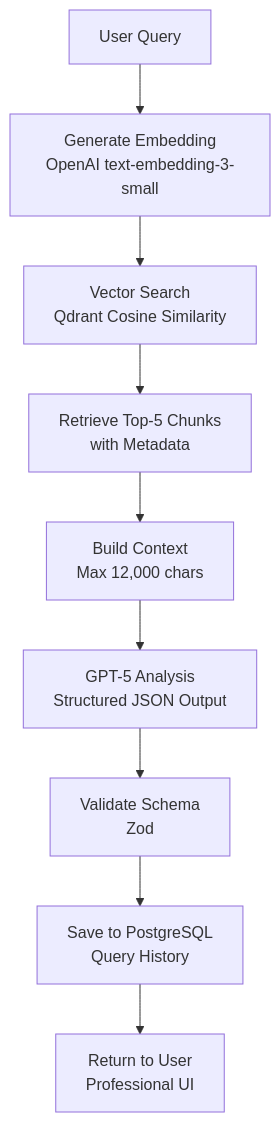
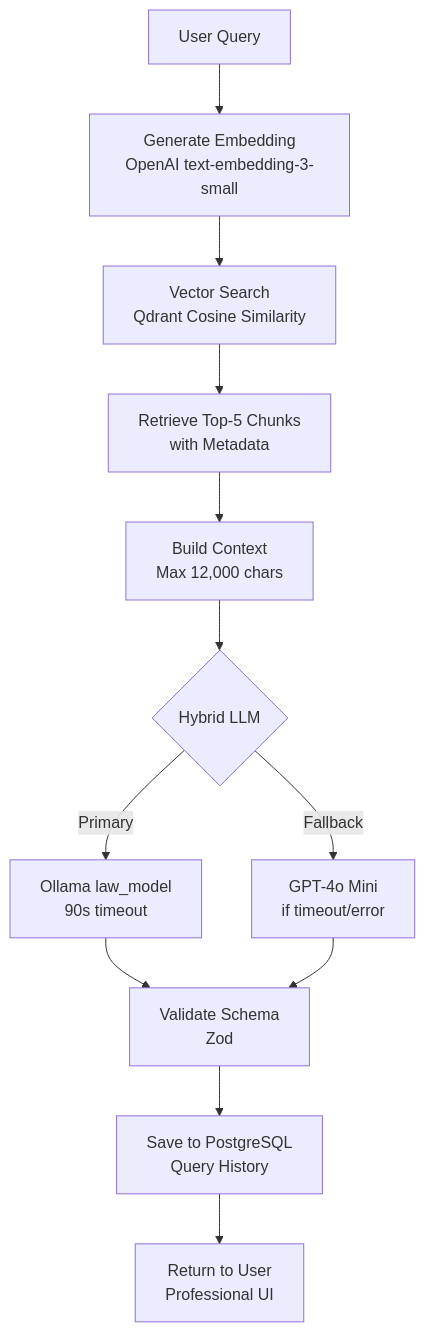
The second of 2 diagrams in README.md (baderale/Taxentia-AI), drawn with Mermaid before and after one commit. The commit also changed other lines of this file and 6 other files, not shown here.

````diff
--- a/README.md
+++ b/README.md
@@ -213,11 +338,14 @@
 ```mermaid
 graph TB
     A[User Query] --> B[Generate Embedding<br/>OpenAI text-embedding-3-small]
     B --> C[Vector Search<br/>Qdrant Cosine Similarity]
     C --> D[Retrieve Top-5 Chunks<br/>with Metadata]
     D --> E[Build Context<br/>Max 12,000 chars]
-    E --> F[GPT-5 Analysis<br/>Structured JSON Output]
-    F --> G[Validate Schema<br/>Zod]
-    G --> H[Save to PostgreSQL<br/>Query History]
-    H --> I[Return to User<br/>Professional UI]
+    E --> F{Hybrid LLM}
+    F -->|Primary| G[Ollama law_model<br/>90s timeout]
+    F -->|Fallback| H[GPT-4o Mini<br/>if timeout/error]
+    G --> I[Validate Schema<br/>Zod]
+    H --> I
+    I --> J[Save to PostgreSQL<br/>Query History]
+    J --> K[Return to User<br/>Professional UI]
 ```
````
